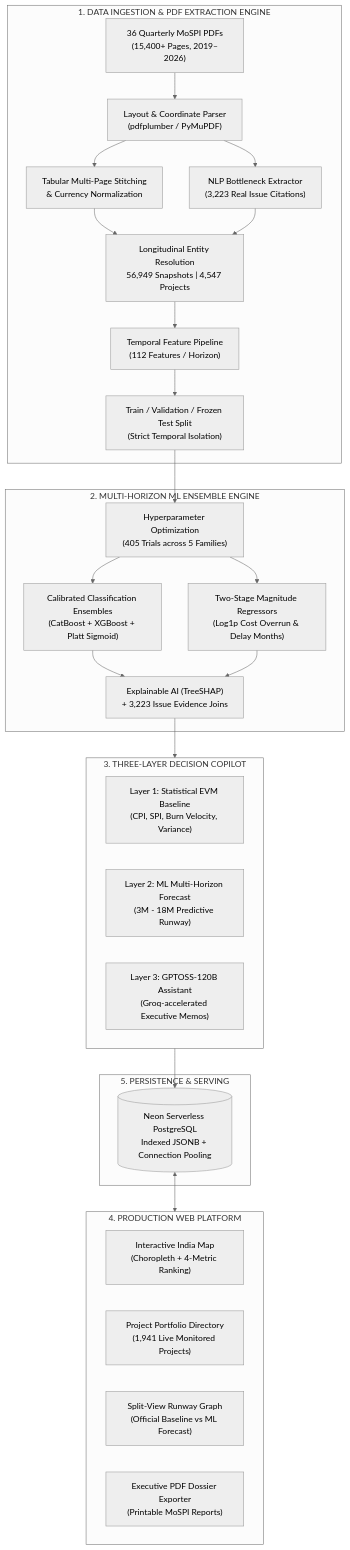
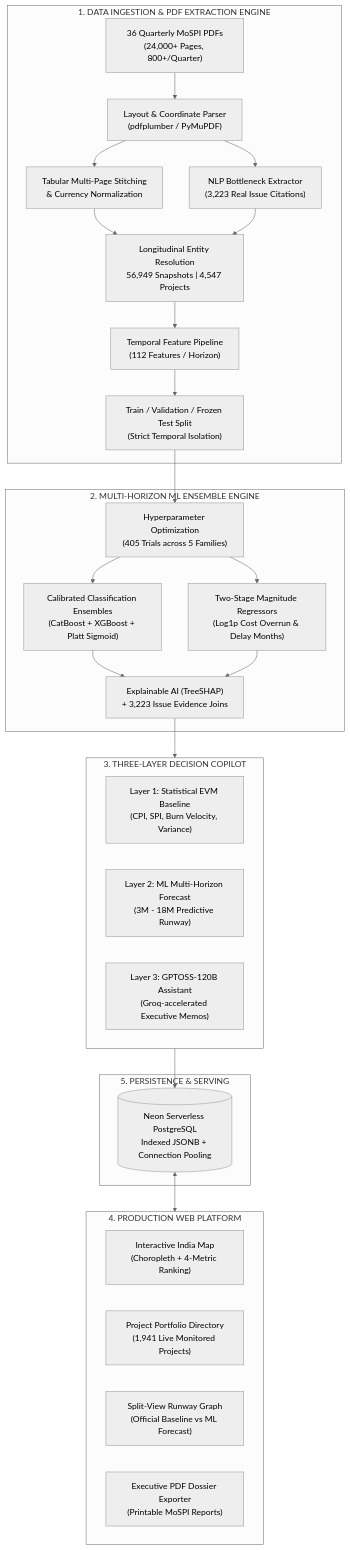
One commit to idi01-git/PS103 changed the diagram in README.md. Above: the diagram before and after it, drawn with Mermaid (neutral theme). The commit also changed other lines of this file and 3 other files, not shown here.

Commit message:
docs: update PDF extraction metrics to reflect 800+ pages per quarter and 24,000+ total pages in 7 years

````diff
--- a/README.md
+++ b/README.md
@@ -65,40 +65,40 @@
 ```mermaid
 flowchart TB
     subgraph DataIngestion["1. DATA INGESTION & PDF EXTRACTION ENGINE"]
-        P1["36 Quarterly MoSPI PDFs<br/>(15,400+ Pages, 2019–2026)"] --> P2["Layout & Coordinate Parser<br/>(pdfplumber / PyMuPDF)"]
+        P1["36 Quarterly MoSPI PDFs<br/>(24,000+ Pages, 800+/Quarter)"] --> P2["Layout & Coordinate Parser<br/>(pdfplumber / PyMuPDF)"]
         P2 --> P3["Tabular Multi-Page Stitching<br/>& Currency Normalization"]
         P2 --> P4["NLP Bottleneck Extractor<br/>(3,223 Real Issue Citations)"]
         P3 & P4 --> D1["Longitudinal Entity Resolution<br/>56,949 Snapshots | 4,547 Projects"]
         D1 --> D2["Temporal Feature Pipeline<br/>(112 Features / Horizon)"]
         D2 --> D3["Train / Validation / Frozen Test Split<br/>(Strict Temporal Isolation)"]
     end
 
     subgraph MLEngine["2. MULTI-HORIZON ML ENSEMBLE ENGINE"]
         M1["Hyperparameter Optimization<br/>(405 Trials across 5 Families)"]
         M2["Calibrated Classification Ensembles<br/>(CatBoost + XGBoost + Platt Sigmoid)"]
         M3["Two-Stage Magnitude Regressors<br/>(Log1p Cost Overrun & Delay Months)"]
         M4["Explainable AI (TreeSHAP)<br/>+ 3,223 Issue Evidence Joins"]
         D3 --> M1 --> M2 & M3 --> M4
     end
 
     subgraph ThreeLayerIntelligence["3. THREE-LAYER DECISION COPILOT"]
         L1["Layer 1: Statistical EVM Baseline<br/>(CPI, SPI, Burn Velocity, Variance)"]
         L2["Layer 2: ML Multi-Horizon Forecast<br/>(3M - 18M Predictive Runway)"]
         L3["Layer 3: GPTOSS-120B Assistant<br/>(Groq-accelerated Executive Memos)"]
     end
 
     subgraph FrontendPlatform["4. PRODUCTION WEB PLATFORM"]
         F1["Interactive India Map<br/>(Choropleth + 4-Metric Ranking)"]
         F2["Project Portfolio Directory<br/>(1,941 Live Monitored Projects)"]
         F3["Split-View Runway Graph<br/>(Official Baseline vs ML Forecast)"]
         F4["Executive PDF Dossier Exporter<br/>(Printable MoSPI Reports)"]
     end
 
     subgraph BackendStorage["5. PERSISTENCE & SERVING"]
         DB[("Neon Serverless PostgreSQL<br/>Indexed JSONB + Connection Pooling")]
     end
 
     M4 --> ThreeLayerIntelligence
     ThreeLayerIntelligence --> DB
     DB <--> FrontendPlatform
 ```
````
